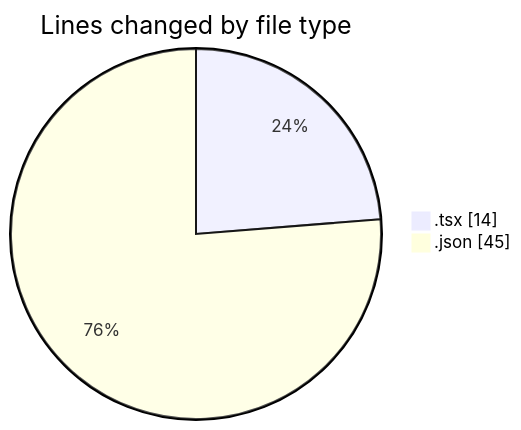
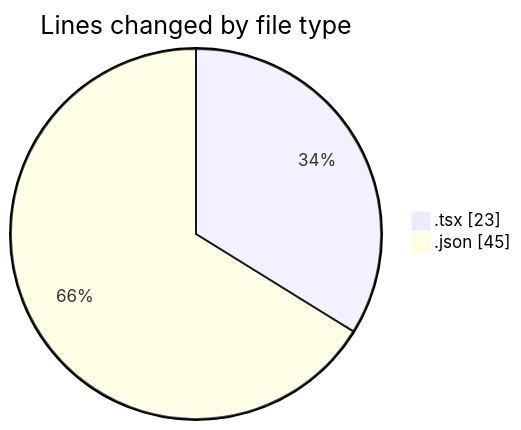
One commit to momahboobian/code-tracking changed the first of 2 diagrams in 2026-08-07/cda/README.md. Above: the diagram before and after it, drawn with Mermaid. The commit also changed other lines of this file and 1 other file, not shown here.

````diff
--- a/2026-08-07/cda/README.md
+++ b/2026-08-07/cda/README.md
@@ -21,6 +21,6 @@
 ```mermaid
 pie showData
 title Lines changed by file type
-".tsx" : 14
+".tsx" : 23
 ".json" : 45
 ```
````
